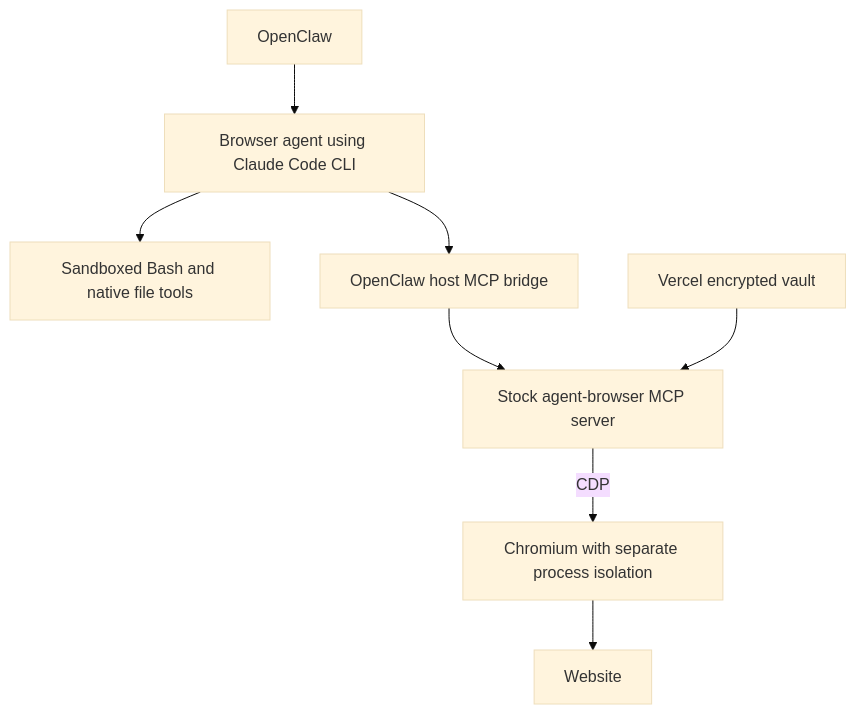
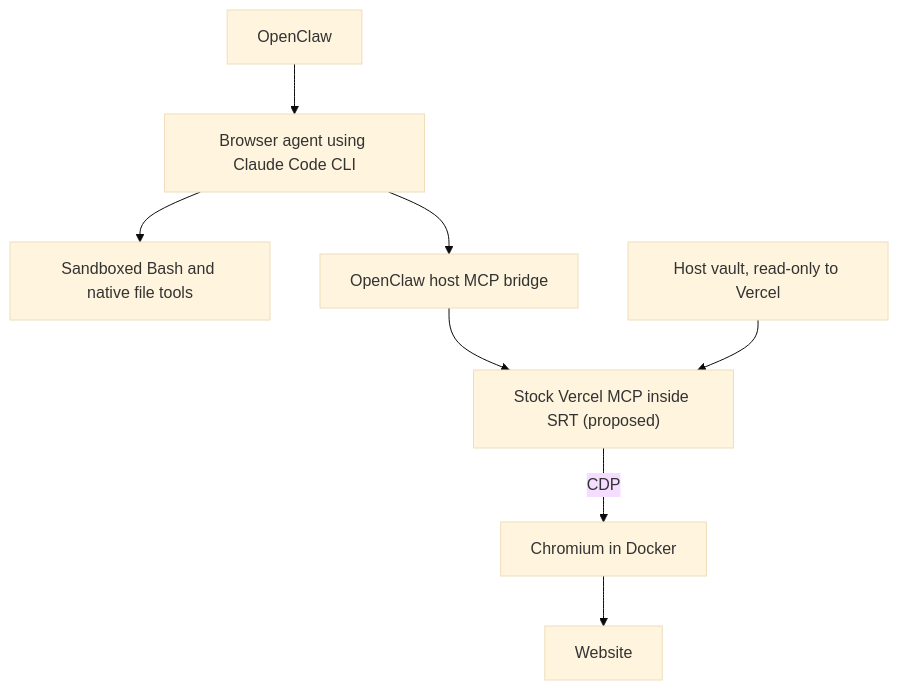
Before and after one commit to coletaylor788/puddles: the diagram in docs/plans/vercel-browser-authentication.md, drawn with Mermaid (base theme). The commit also changed other lines of this file, not shown here.

Commit message:
Record Docker approval and propose native MCP output confinement

````diff
--- a/docs/plans/vercel-browser-authentication.md
+++ b/docs/plans/vercel-browser-authentication.md
@@ -15,10 +15,10 @@
 ```mermaid
 graph TD
     A["OpenClaw"] --> B["Browser agent using Claude Code CLI"]
     B --> C["Sandboxed Bash and native file tools"]
     B --> G["OpenClaw host MCP bridge"]
-    G --> D["Stock agent-browser MCP server"]
-    V["Vercel encrypted vault"] --> D
-    D -->|"CDP"| E["Chromium with separate process isolation"]
+    G --> D["Stock Vercel MCP inside SRT (proposed)"]
+    V["Host vault, read-only to Vercel"] --> D
+    D -->|"CDP"| E["Chromium in Docker"]
     E --> F["Website"]
 ```
````
